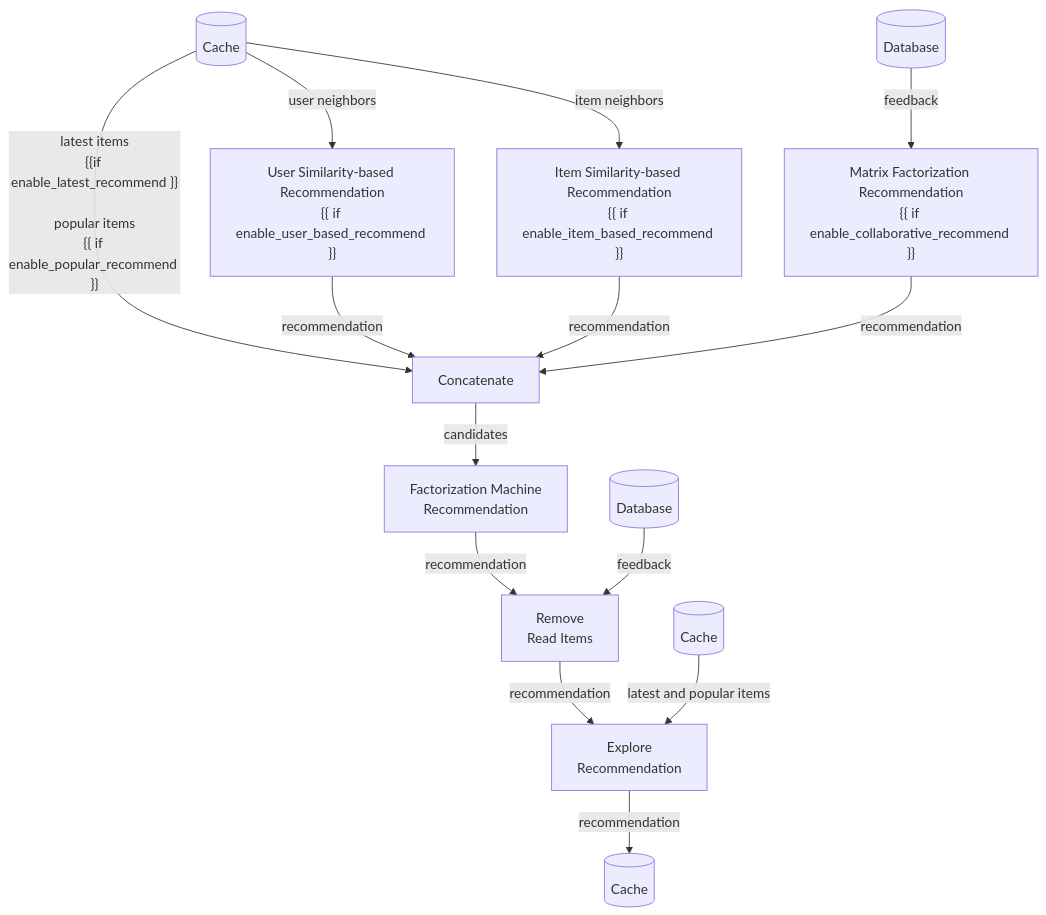
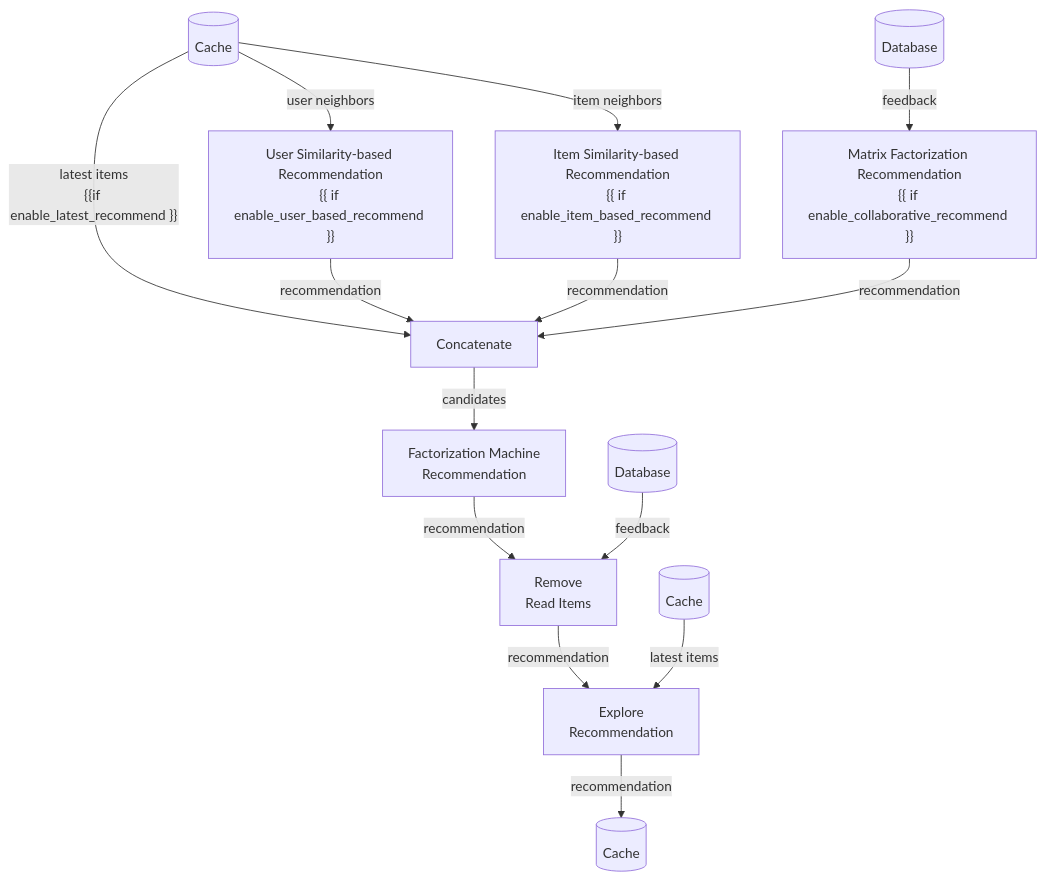
Before and after one commit to gorse-io/docs: the third of 5 diagrams in src/docs/master/concepts/how-it-works.md, drawn with Mermaid. The commit also changed other lines of this file and 10 other files, not shown here.

````diff
--- a/src/docs/master/concepts/how-it-works.md
+++ b/src/docs/master/concepts/how-it-works.md
@@ -139,16 +139,16 @@
 ```mermaid
 flowchart TD
-    cache[(Cache)]--"latest items\n{{if enable_latest_recommend }}\n\npopular items\n{{ if enable_popular_recommend }}"-->concat
+    cache[(Cache)]--"latest items\n{{if enable_latest_recommend }}"-->concat
     cache--user neighbors-->user_based["User Similarity-based Recommendation\n{{ if enable_user_based_recommend }}"]
     cache--item neighbors-->item_based["Item Similarity-based Recommendation\n{{ if enable_item_based_recommend }}"]
     user_based--recommendation-->concat
     item_based--recommendation-->concat
     database[(Database)]--feedback-->mf["Matrix Factorization Recommendation\n{{ if enable_collaborative_recommend }}"]
     mf--recommendation-->concat[Concatenate]
     concat--candidates-->fm[Factorization Machine\nRecommendation]
     fm--recommendation-->remove[Remove\nRead Items]
     database2[(Database)]--feedback-->remove
     remove--recommendation-->explore[Explore\nRecommendation]
-    cache2[(Cache)]--latest and popular items-->explore
+    cache2[(Cache)]--latest items-->explore
     explore--recommendation-->cache3[(Cache)]
 ```
````
